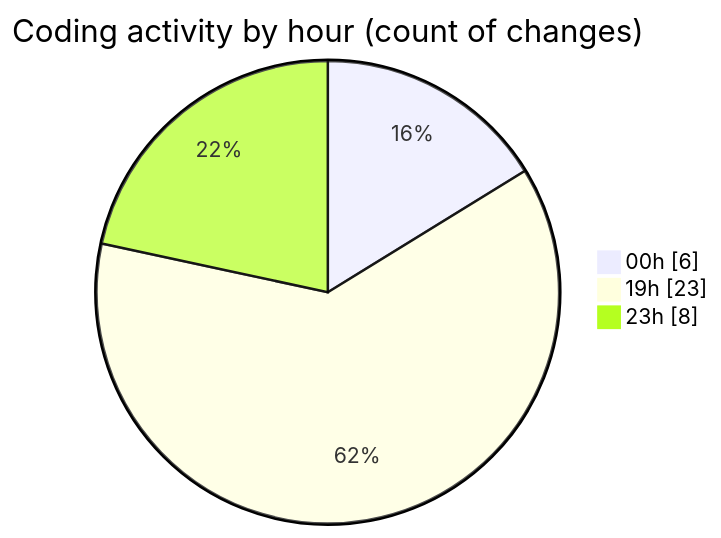
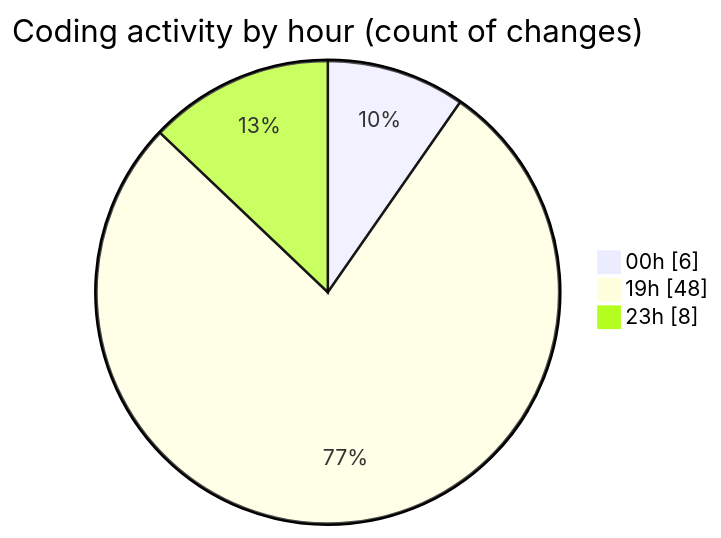
The second of 2 diagrams in 2025-08-05/javascript/README.md (Ritupan-Deka/code-tracking), drawn with Mermaid before and after one commit. The commit also changed other lines of this file and 1 other file, not shown here.

````diff
--- a/2025-08-05/javascript/README.md
+++ b/2025-08-05/javascript/README.md
@@ -29,7 +29,7 @@
 ```mermaid
 pie showData
 title Coding activity by hour (count of changes)
 "00h" : 6
-"19h" : 23
+"19h" : 48
 "23h" : 8
 ```
````
